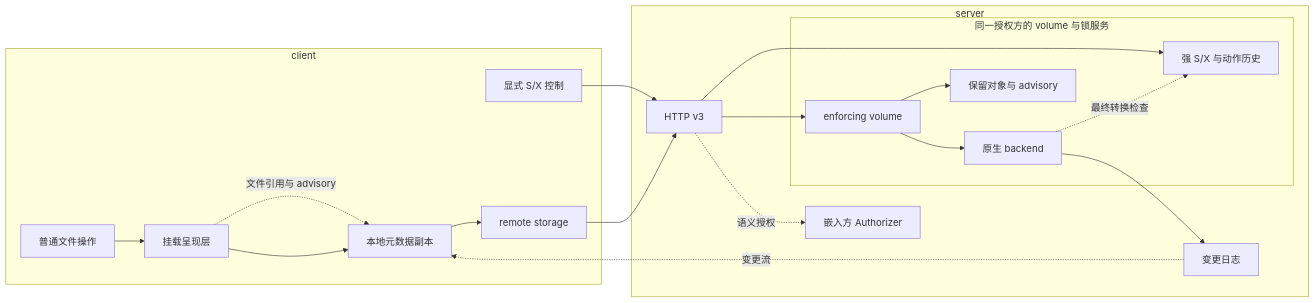
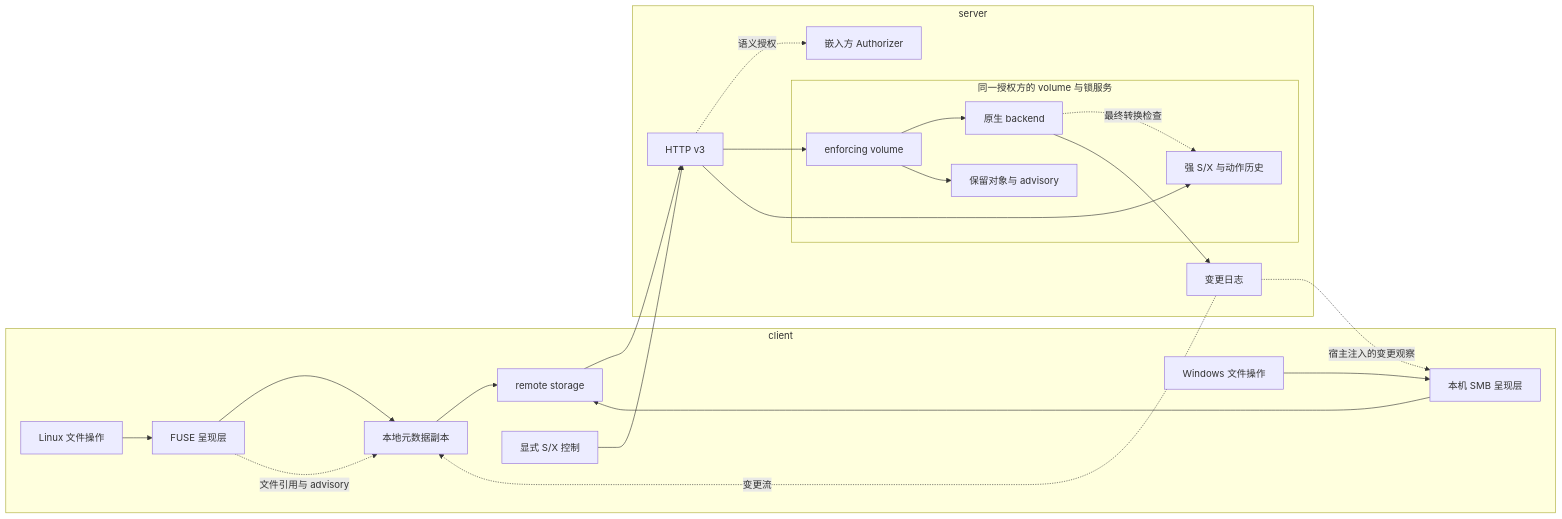
Before and after one commit to codetreker/remote-fs: the diagram in docs/design/architecture.md, drawn with Mermaid. The commit also changed other lines of this file and 198 other files, not shown here.

First line of the commit message:
Add embedded SMB access for Windows volumes

````diff
--- a/docs/design/architecture.md
+++ b/docs/design/architecture.md
@@ -17,27 +17,30 @@
 ```mermaid
 flowchart LR
     subgraph client[client]
-        App[普通文件操作] --> Fuse[挂载呈现层]
+        App[Linux 文件操作] --> Fuse[FUSE 呈现层]
+        WinApp[Windows 文件操作] --> SMB[本机 SMB 呈现层]
+        SMB --> Remote
         Fuse --> Replica[本地元数据副本]
         Replica --> Remote[remote storage]
         SDK[显式 S/X 控制]
         Fuse -. 文件引用与 advisory .-> Replica
     end
     subgraph server[server]
         HTTP[HTTP v3]
         subgraph Pair[同一授权方的 volume 与锁服务]
             volume[enforcing volume] --> Backend[原生 backend]
             Authority[强 S/X 与动作历史]
             Files[保留对象与 advisory]
             volume --> Files
             Backend -. 最终转换检查 .-> Authority
         end
         HTTP -. 语义授权 .-> Policy[嵌入方 Authorizer]
         HTTP --> volume
         HTTP --> Authority
         Backend --> Log[变更日志]
     end
     Remote --> HTTP
     SDK --> HTTP
     Log -. 变更流 .-> Replica
+    Log -. 宿主注入的变更观察 .-> SMB
 ```
````
